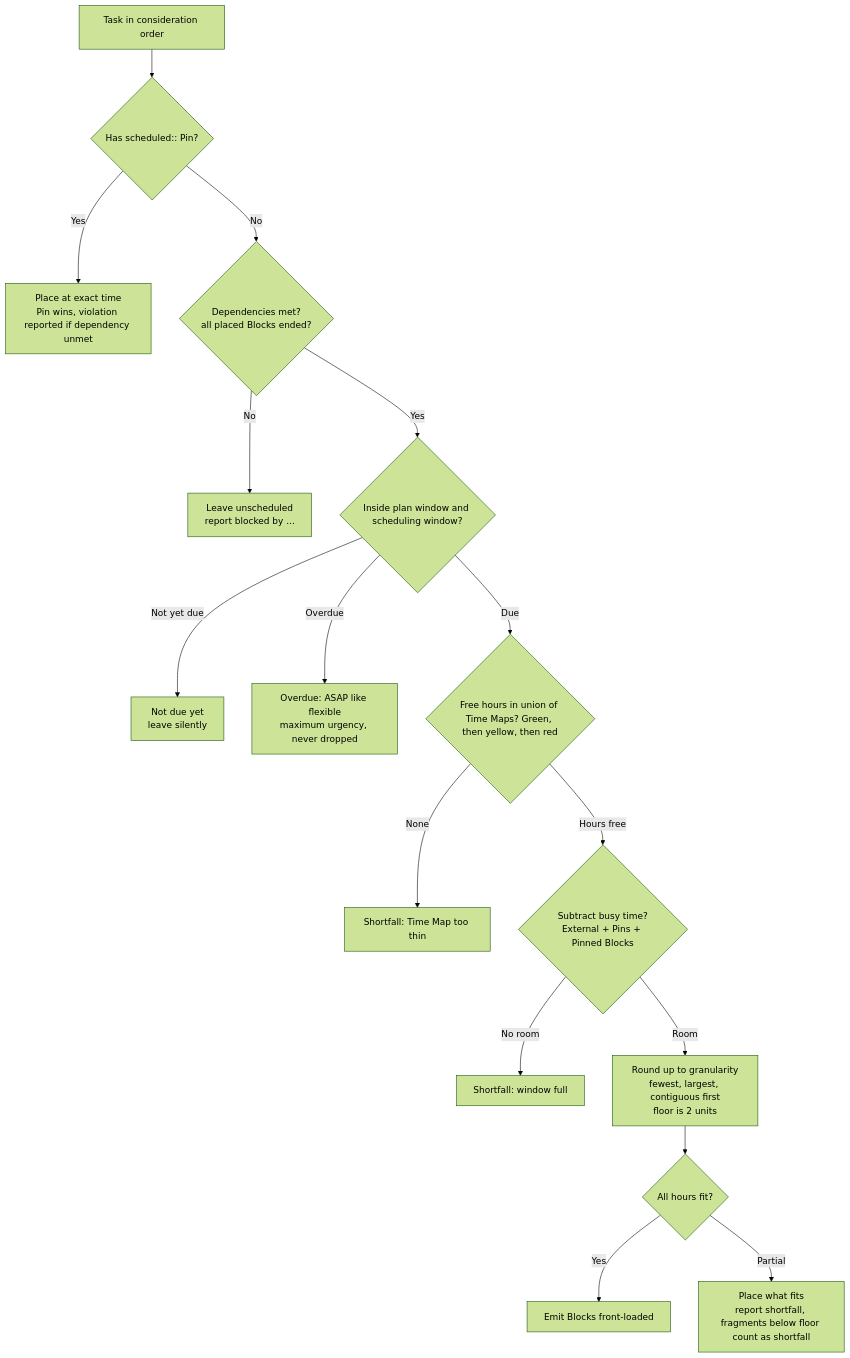
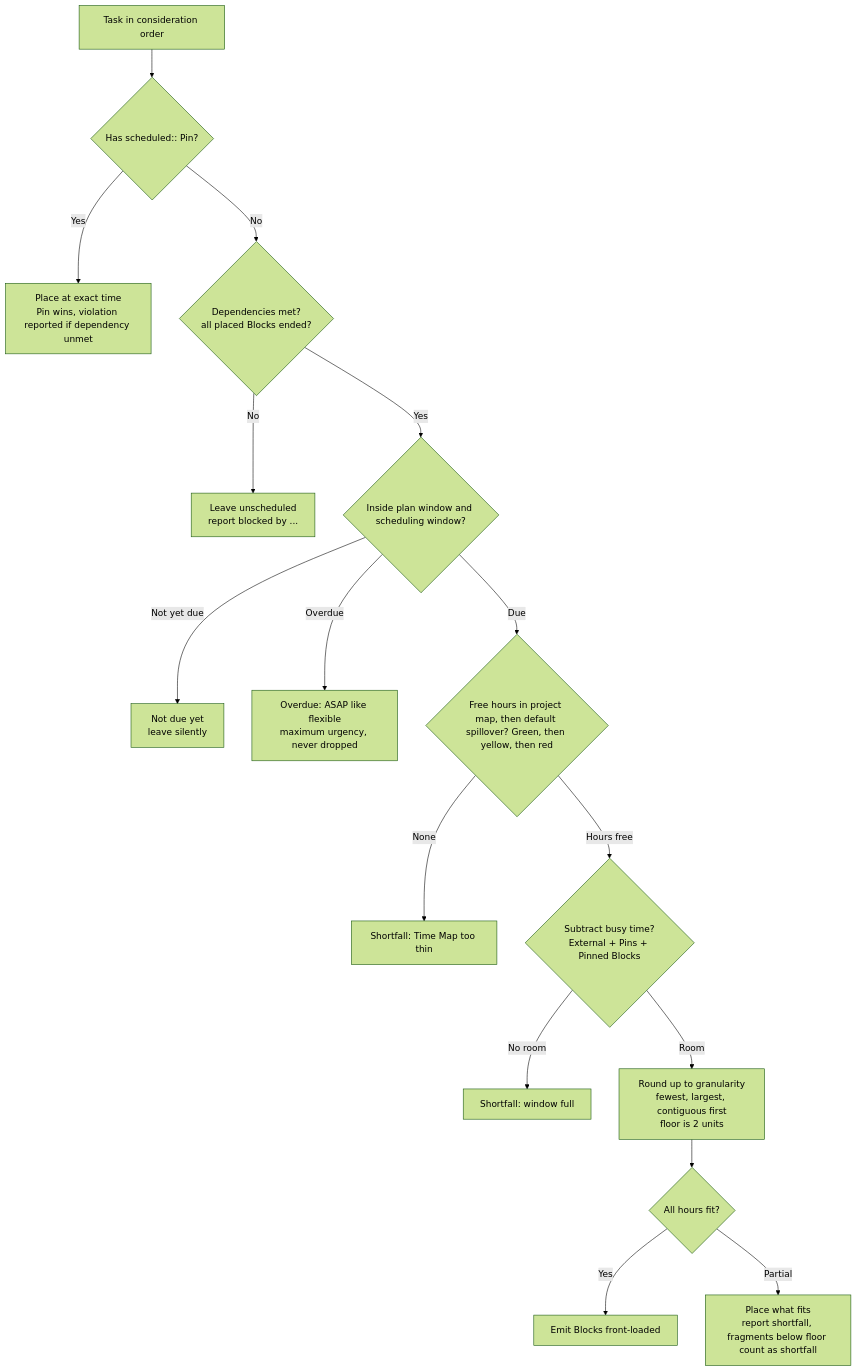
The third of 5 diagrams in docs/content/specs/scheduling.md (aries1980/lodo), drawn with Mermaid (forest theme) before and after one commit. The commit also changed other lines of this file and 5 other files, not shown here.

Commit message:
feat(planner): project Time Maps spill tier-first into default

````diff
--- a/docs/content/specs/scheduling.md
+++ b/docs/content/specs/scheduling.md
@@ -87,18 +89,18 @@
 ```mermaid
 flowchart TD
     S["Task in consideration order"] --> PIN{"Has scheduled:: Pin?"}
     PIN -->|Yes| P1["Place at exact time<br/>Pin wins, violation reported if dependency unmet"]
     PIN -->|No| DEP{"Dependencies met?<br/>all placed Blocks ended?"}
     DEP -->|No| BLK["Leave unscheduled<br/>report blocked by ..."]
     DEP -->|Yes| PLAN{"Inside plan window and scheduling window?"}
     PLAN -->|Not yet due| FUT["Not due yet<br/>leave silently"]
     PLAN -->|Overdue| OVER["Overdue: ASAP like flexible<br/>maximum urgency, never dropped"]
-    PLAN -->|Due| TM{"Free hours in union of Time Maps? Green, then yellow, then red"}
+    PLAN -->|Due| TM{"Free hours in project map, then default spillover? Green, then yellow, then red"}
     TM -->|None| SHORT["Shortfall: Time Map too thin"]
     TM -->|Hours free| BUSY{"Subtract busy time?<br/>External + Pins + Pinned Blocks"}
     BUSY -->|No room| FULL["Shortfall: window full"]
     BUSY -->|Room| GRAN["Round up to granularity<br/>fewest, largest, contiguous first<br/>floor is 2 units"]
     GRAN --> PART{"All hours fit?"}
     PART -->|Yes| PLACE["Emit Blocks front-loaded"]
     PART -->|Partial| PARTIAL["Place what fits<br/>report shortfall, fragments below floor count as shortfall"]
 ```
````
